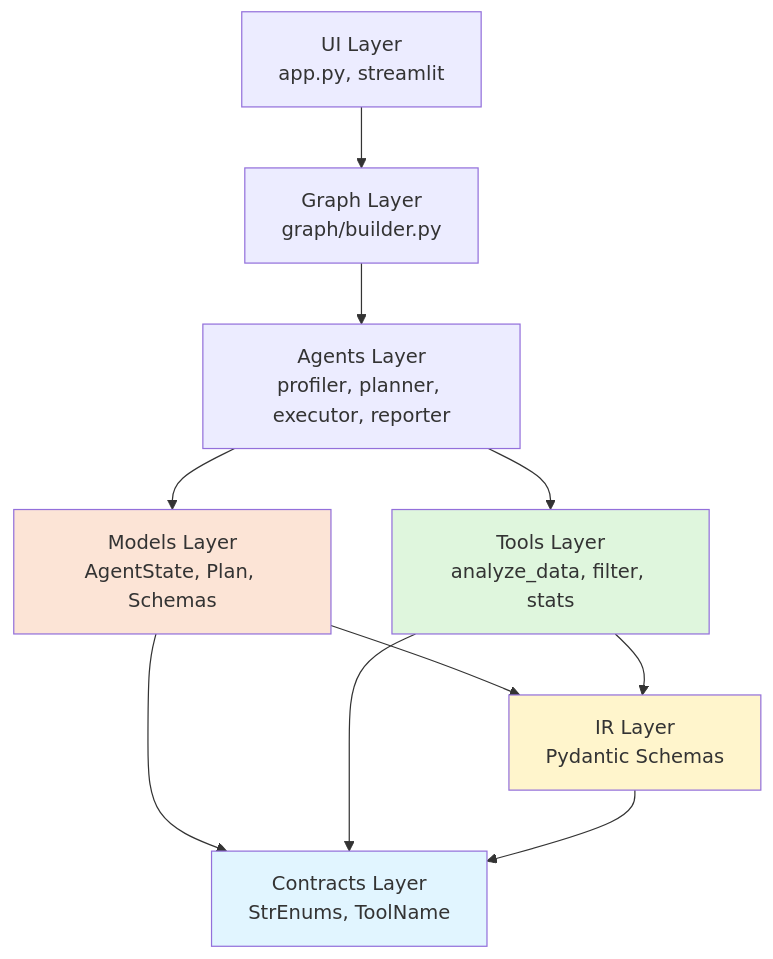
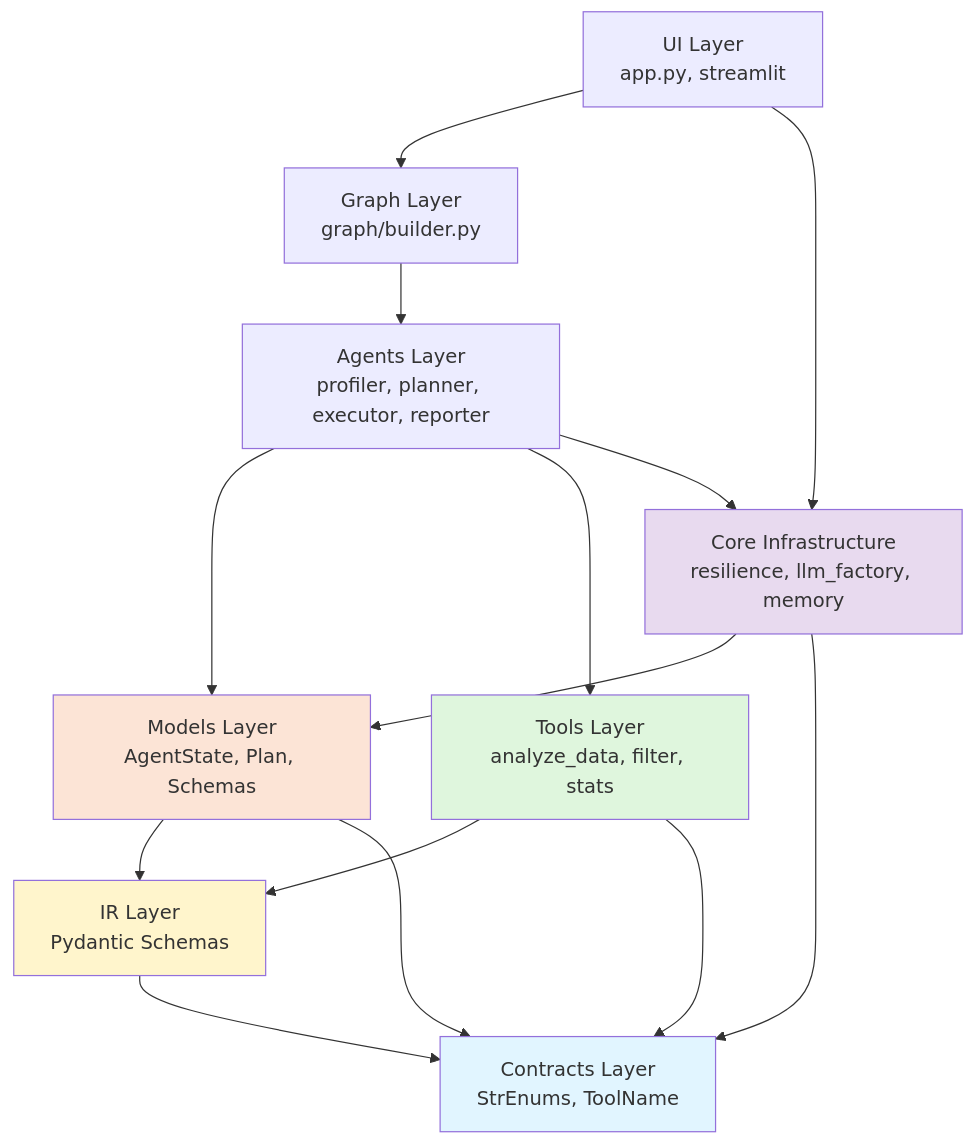
One commit to mohamadmeri/scrygent changed the first of 4 diagrams in docs/ARCHITECTURE.md. Above: the diagram before and after it, drawn with Mermaid. The commit also changed other lines of this file and 4 other files, not shown here.

````diff
--- a/docs/ARCHITECTURE.md
+++ b/docs/ARCHITECTURE.md
@@ -62,18 +62,23 @@
 ```mermaid
 flowchart TD
     UI[UI Layer<br/>app.py, streamlit] --> Graph
+    UI --> Core
     Graph[Graph Layer<br/>graph/builder.py] --> Agents
     Agents[Agents Layer<br/>profiler, planner, executor, reporter] --> Models
     Agents --> Tools
+    Agents --> Core
     Models[Models Layer<br/>AgentState, Plan, Schemas] --> IR
     Models --> Contracts
     Tools[Tools Layer<br/>analyze_data, filter, stats] --> IR
     Tools --> Contracts
+    Core[Core Infrastructure<br/>resilience, llm_factory, memory] --> Models
+    Core --> Contracts
     IR[IR Layer<br/>Pydantic Schemas] --> Contracts
     Contracts[Contracts Layer<br/>StrEnums, ToolName]
     
     style Contracts fill:#e1f5ff
     style IR fill:#fff5cc
     style Tools fill:#dff6dd
     style Models fill:#fce4d6
+    style Core fill:#e8daef
 ```
````
